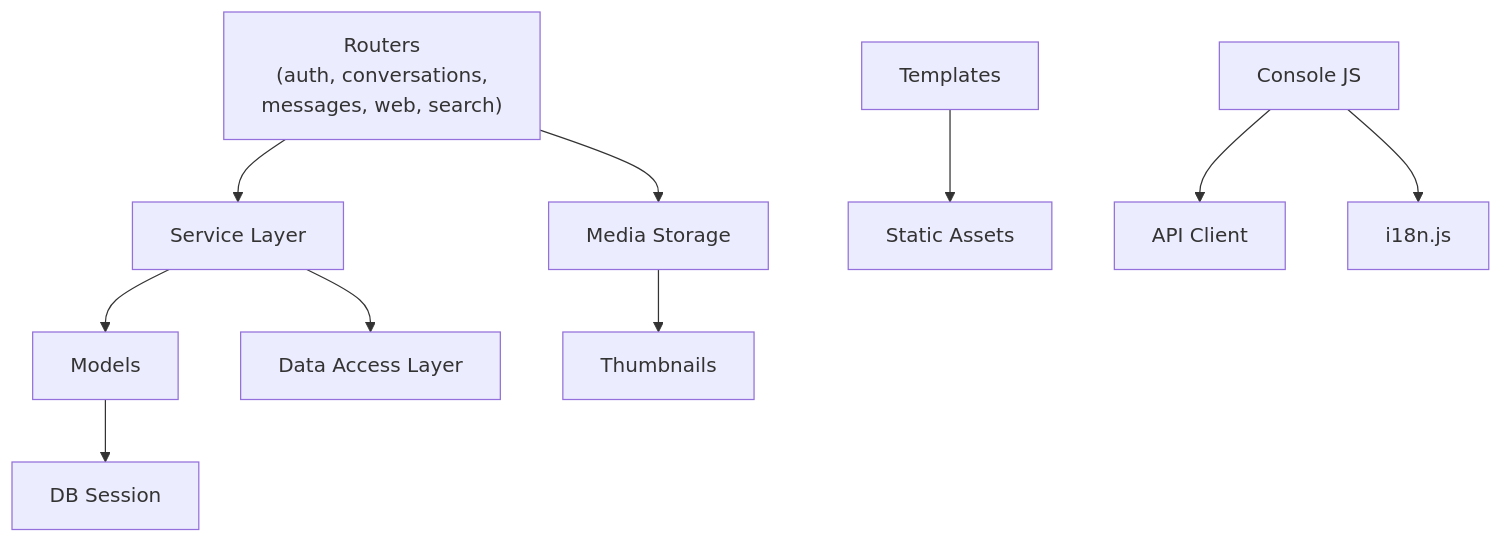
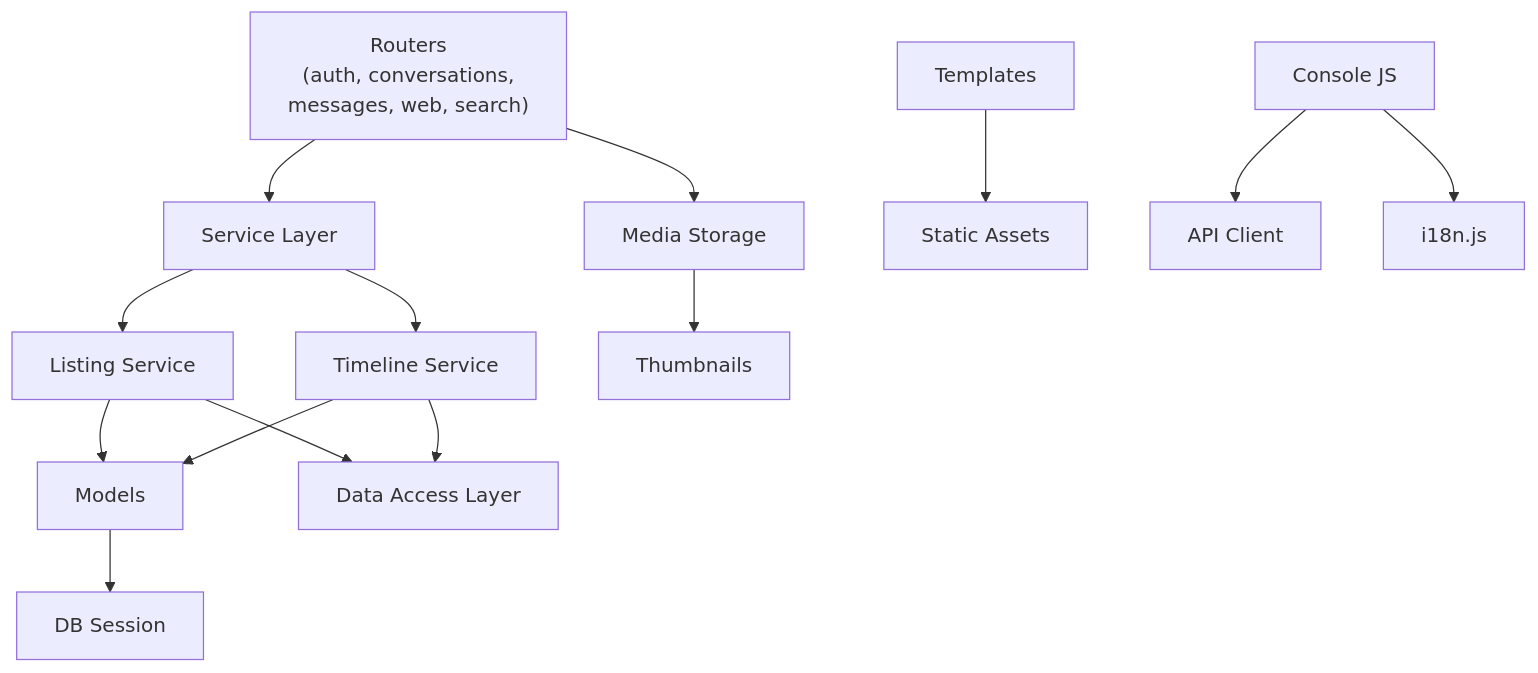
Diagram 17 of 17 in .qoder/repowiki/en/content/Architecture/Web Application Architecture/Web Application Architecture.md (zuohaisu/wecom-archive), drawn with Mermaid before and after one commit. The commit also changed other lines of this file and 109 other files, not shown here.

Commit message:
RND-221 提取统一 Media Access Service 与 Router

````diff
--- a/.qoder/repowiki/en/content/Architecture/Web Application Architecture/Web Application Architecture.md
+++ b/.qoder/repowiki/en/content/Architecture/Web Application Architecture/Web Application Architecture.md
@@ -601,12 +663,16 @@
 ```mermaid
 graph TB
 Routers["Routers<br/>(auth, conversations,<br/>messages, web, search)"] --> Services["Service Layer"]
-Services --> Models["Models"]
+Services --> ListingService["Listing Service"]
+Services --> TimelineService["Timeline Service"]
+ListingService --> Models["Models"]
+TimelineService --> Models
 Routers --> Storage["Media Storage"]
 Templates["Templates"] --> Static["Static Assets"]
 ConsoleJS["Console JS"] --> API["API Client"]
 ConsoleJS --> I18N["i18n.js"]
 Models --> Session["DB Session"]
 Storage --> Thumbnails["Thumbnails"]
-Services --> DataAccess["Data Access Layer"]
+ListingService --> DataAccess["Data Access Layer"]
+TimelineService --> DataAccess
 ```
````
